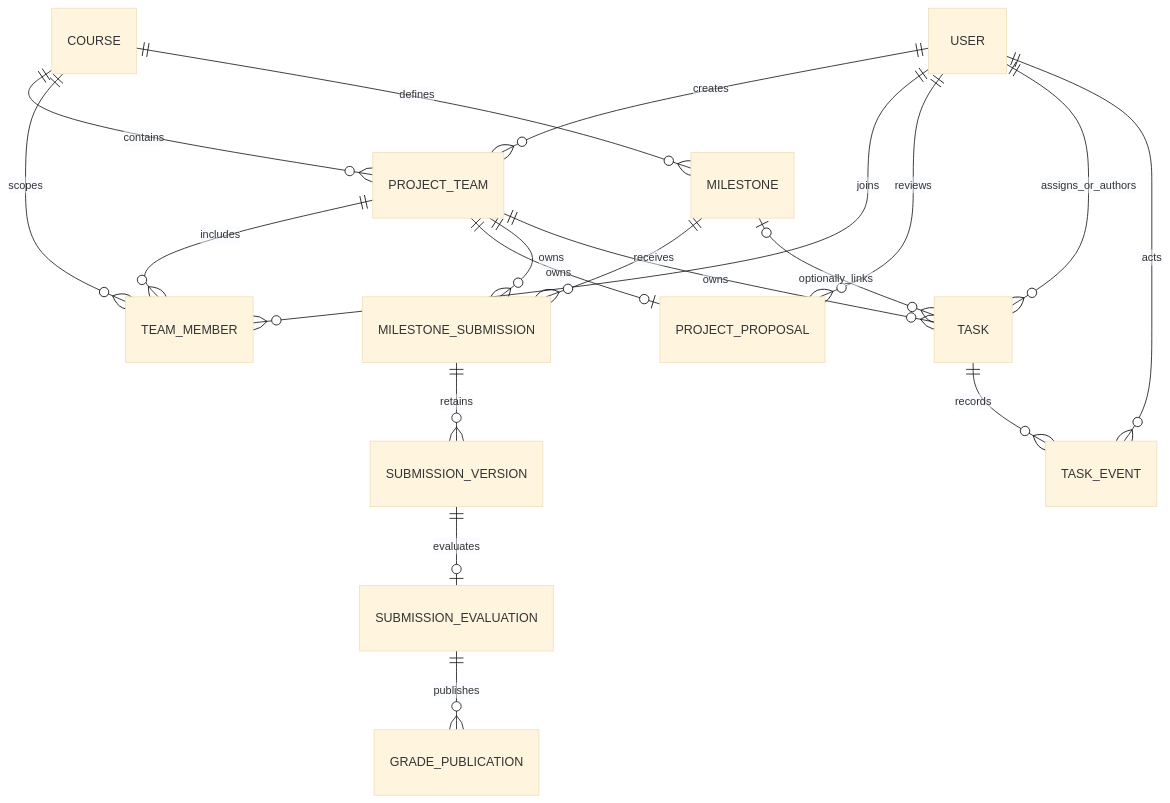
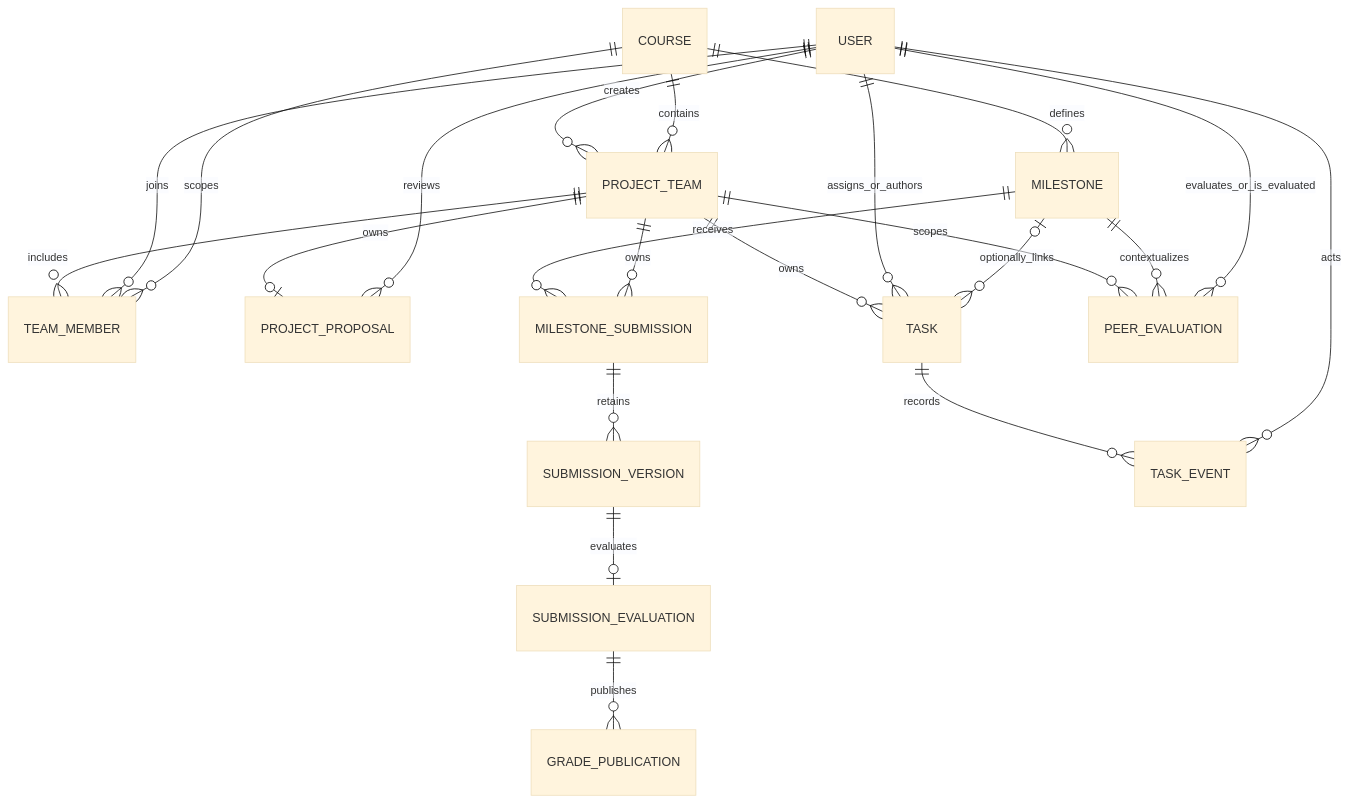
The second of 2 diagrams in docs/system-sds.md (Magiciancat9/Course_management), drawn with Mermaid (base theme) before and after one commit. The commit also changed other lines of this file and 14 other files, not shown here.

````diff
--- a/docs/system-sds.md
+++ b/docs/system-sds.md
@@ -45,21 +48,24 @@
 ```mermaid
 erDiagram
   USER ||--o{ PROJECT_TEAM : creates
   COURSE ||--o{ PROJECT_TEAM : contains
   PROJECT_TEAM ||--o{ TEAM_MEMBER : includes
   USER ||--o{ TEAM_MEMBER : joins
   COURSE ||--o{ TEAM_MEMBER : scopes
   PROJECT_TEAM ||--o| PROJECT_PROPOSAL : owns
   USER ||--o{ PROJECT_PROPOSAL : reviews
   COURSE ||--o{ MILESTONE : defines
   MILESTONE ||--o{ MILESTONE_SUBMISSION : receives
   PROJECT_TEAM ||--o{ MILESTONE_SUBMISSION : owns
   MILESTONE_SUBMISSION ||--o{ SUBMISSION_VERSION : retains
   SUBMISSION_VERSION ||--o| SUBMISSION_EVALUATION : evaluates
   SUBMISSION_EVALUATION ||--o{ GRADE_PUBLICATION : publishes
   PROJECT_TEAM ||--o{ TASK : owns
   USER ||--o{ TASK : assigns_or_authors
   MILESTONE o|--o{ TASK : optionally_links
   TASK ||--o{ TASK_EVENT : records
   USER ||--o{ TASK_EVENT : acts
+  PROJECT_TEAM ||--o{ PEER_EVALUATION : scopes
+  MILESTONE ||--o{ PEER_EVALUATION : contextualizes
+  USER ||--o{ PEER_EVALUATION : evaluates_or_is_evaluated
 ```
````
